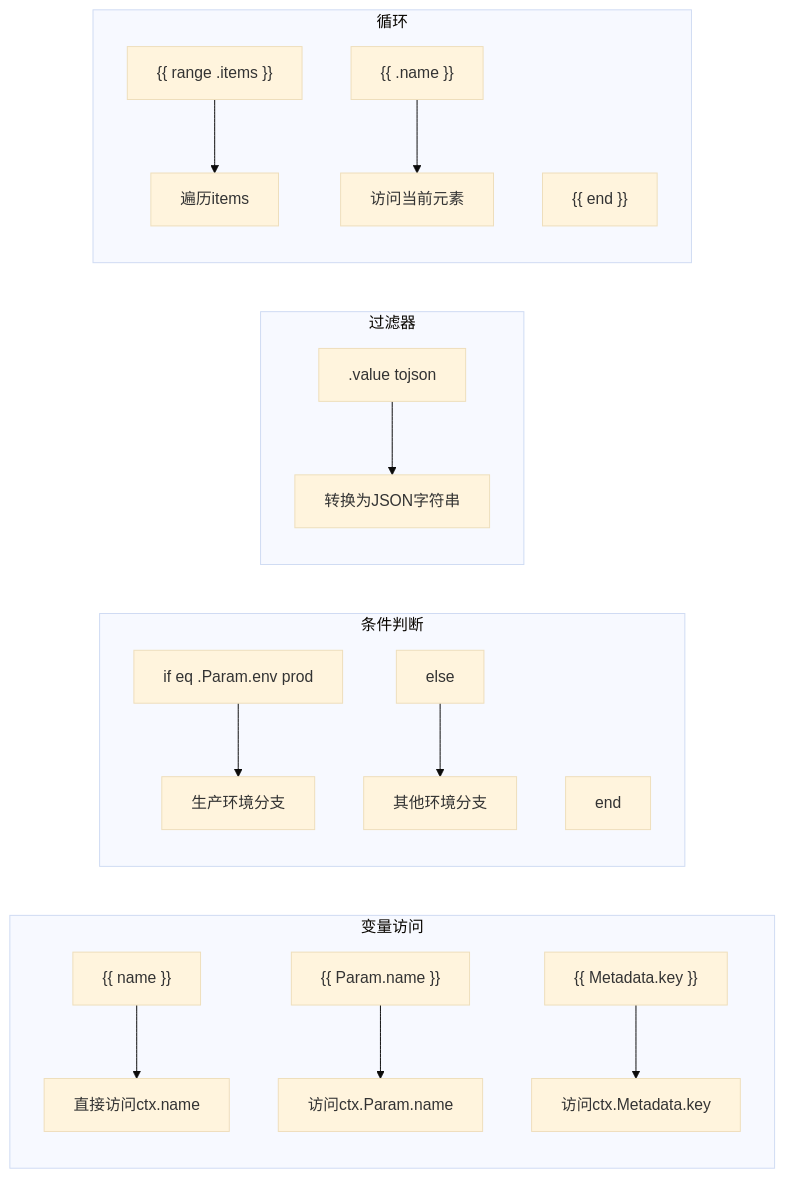
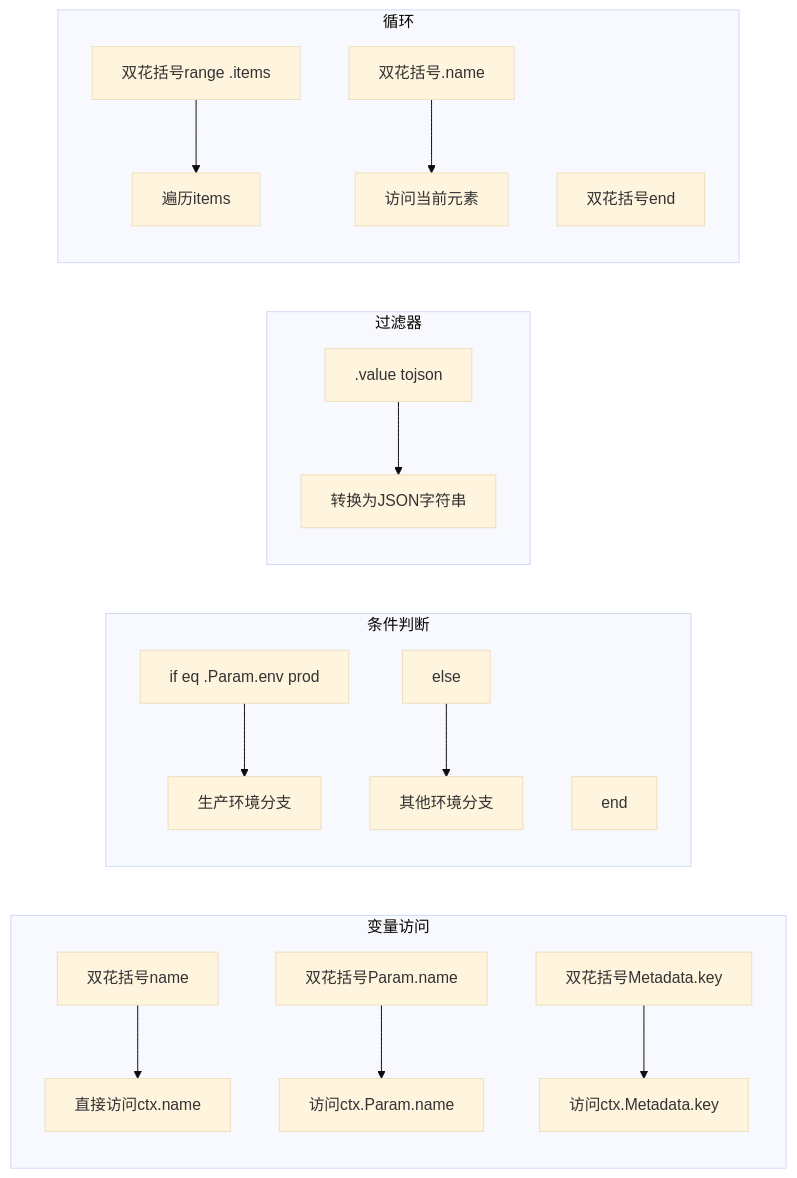
One commit to LerkoX/flowx changed the seventh of 9 diagrams in template/FLOWS.md. Above: the diagram before and after it, drawn with Mermaid (base theme). The commit also changed other lines of this file and 4 other files, not shown here.

First line of the commit message:
fix: remove double quotes from Mermaid node labels

````diff
--- a/template/FLOWS.md
+++ b/template/FLOWS.md
@@ -89,32 +89,32 @@
 ```mermaid
 flowchart LR
     subgraph 变量访问
-    A["{{ name }}"]
+    A[双花括号name]
     A --> B[直接访问ctx.name]
-    C["{{ Param.name }}"]
+    C[双花括号Param.name]
     C --> D[访问ctx.Param.name]
-    E["{{ Metadata.key }}"]
+    E[双花括号Metadata.key]
     E --> F[访问ctx.Metadata.key]
     end
 
     subgraph 条件判断
     G[if eq .Param.env prod]
     G --> H[生产环境分支]
     I[else]
     I --> J[其他环境分支]
     K[end]
     end
 
     subgraph 过滤器
     L[.value tojson]
     L --> M[转换为JSON字符串]
     end
 
     subgraph 循环
-    N["{{ range .items }}"]
+    N[双花括号range .items]
     N --> O[遍历items]
-    P["{{ .name }}"]
+    P[双花括号.name]
     P --> Q[访问当前元素]
-    R["{{ end }}"]
+    R[双花括号end]
     end
 ```
````
